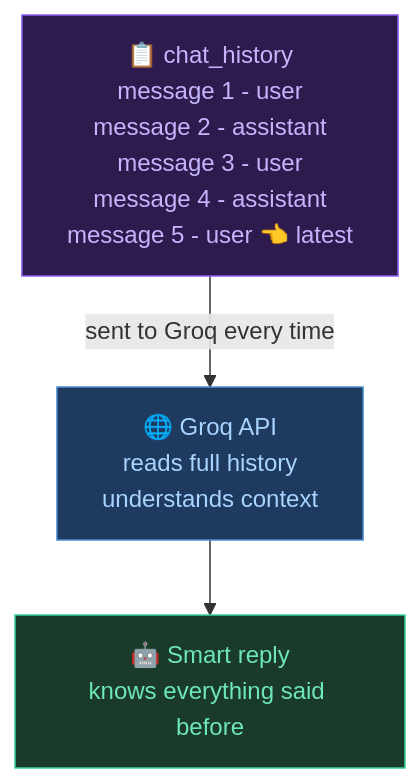
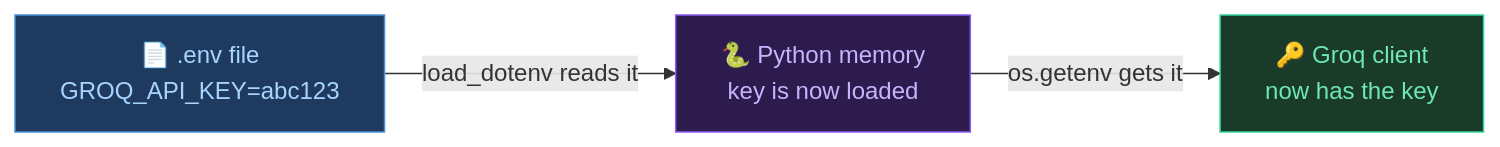
The second of 7 diagrams in README.md (abdulsamadxai/groq-chatbot-basic), drawn with Mermaid before and after one commit. The commit also changed other lines of this file, not shown here.

First line of the commit message:
Revise README for chatbot memory and setup

````diff
--- a/README.md
+++ b/README.md
@@ -199,11 +129,8 @@
 ```mermaid
-flowchart TD
-    HIST["📋 chat_history\nmessage 1 - user\nmessage 2 - assistant\nmessage 3 - user\nmessage 4 - assistant\nmessage 5 - user 👈 latest"]:::purple
+flowchart LR
+    A["📄 .env file\nGROQ_API_KEY=abc123"]:::blue -->|load_dotenv reads it| B["🐍 Python memory\nkey is now loaded"]:::purple -->|os.getenv gets it| C["🔑 Groq client\nnow has the key"]:::green
 
-    HIST -->|sent to Groq every time| API["🌐 Groq API\nreads full history\nunderstands context"]:::blue
-    API --> REPLY["🤖 Smart reply\nknows everything said before"]:::green
-
+    classDef blue fill:#1e3a5f,stroke:#4a8fd4,color:#a8d4ff
     classDef purple fill:#2d1b4e,stroke:#8b5cf6,color:#c4b5fd
-    classDef blue fill:#1e3a5f,stroke:#4a8fd4,color:#a8d4ff
     classDef green fill:#1a3a2a,stroke:#34d399,color:#6ee7b7
 ```
````
